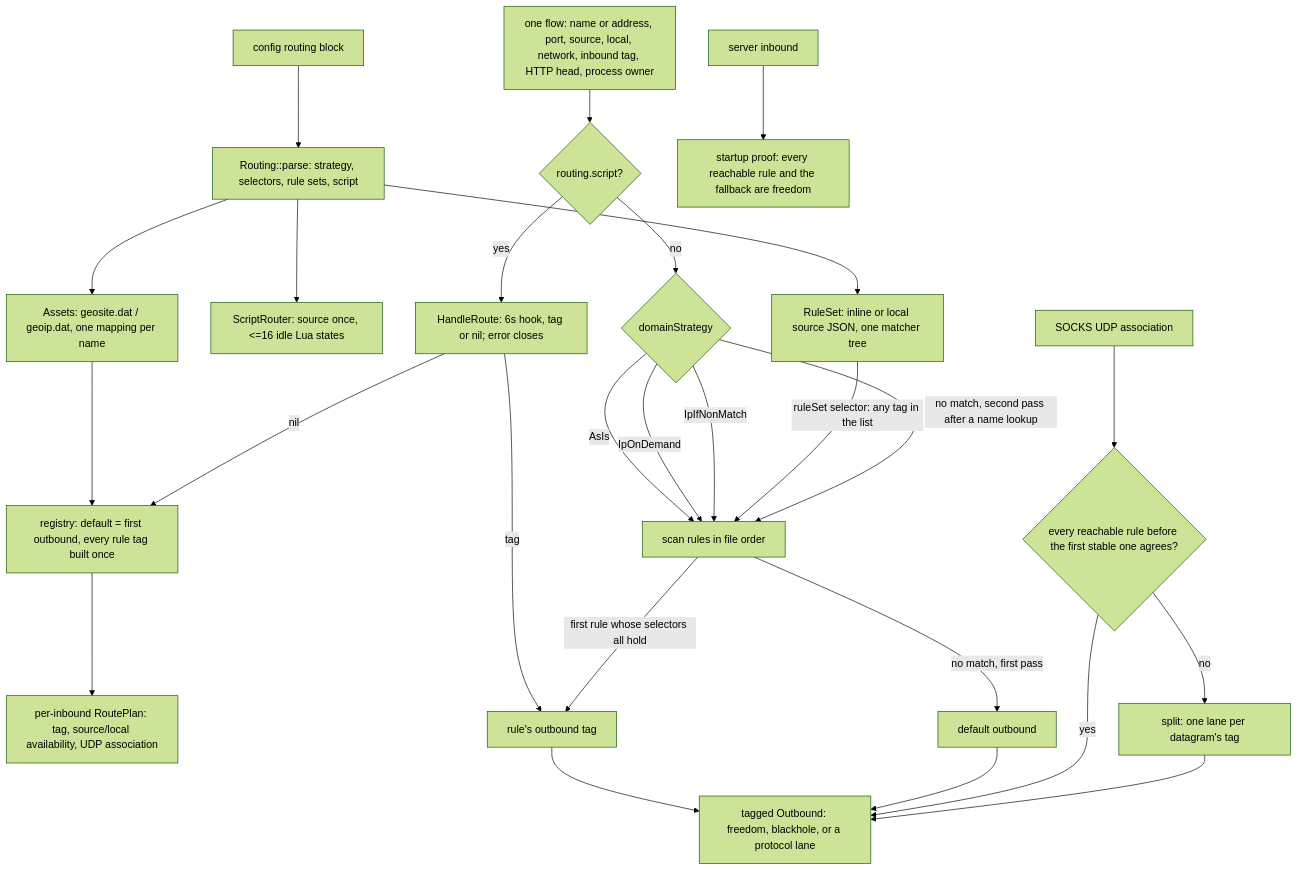
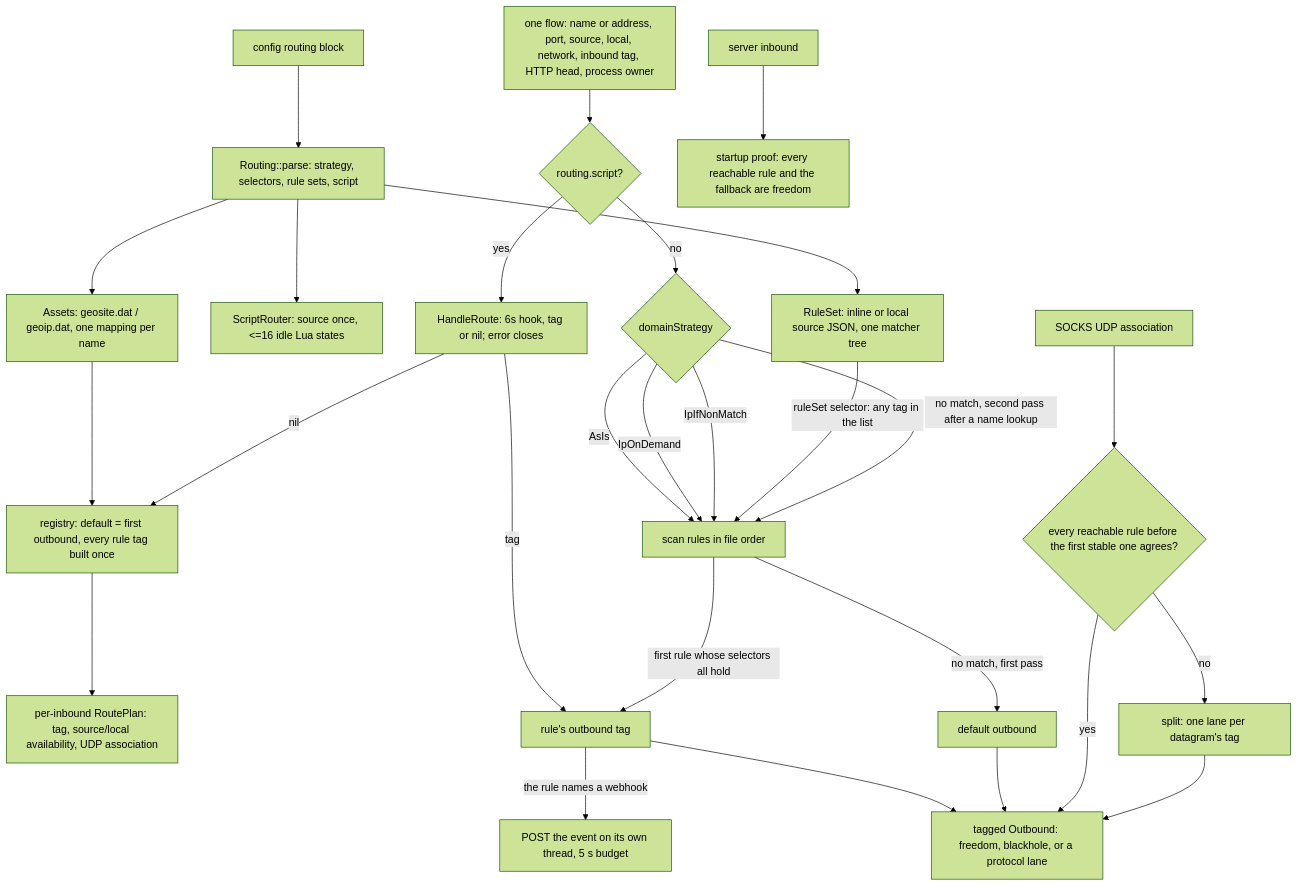
The diagram in docs/function/engine-router.md (Ferrocite/ferrox), drawn with Mermaid (forest theme) before and after one commit. The commit also changed other lines of this file and 9 other files, not shown here.

First line of the commit message:
routing: fire a matched rule's webhook with the flow's event

````diff
--- a/docs/function/engine-router.md
+++ b/docs/function/engine-router.md
@@ -15,28 +17,29 @@
 ```mermaid
 graph TD
     C["config routing block"] --> P["Routing::parse: strategy, selectors, rule sets, script"]
     P --> A["Assets: geosite.dat / geoip.dat, one mapping per name"]
     P --> X["ScriptRouter: source once, <=16 idle Lua states"]
     P --> E["RuleSet: inline or local source JSON, one matcher tree"]
     A --> R["registry: default = first outbound, every rule tag built once"]
     R --> I["per-inbound RoutePlan: tag, source/local availability, UDP association"]
     F["one flow: name or address, port, source, local, network, inbound tag, HTTP head, process owner"] --> H{"routing.script?"}
     H -- yes --> L["HandleRoute: 6s hook, tag or nil; error closes"]
     H -- no --> S{"domainStrategy"}
     L -- tag --> T
     L -- nil --> R
     S -- AsIs --> M["scan rules in file order"]
     S -- IpOnDemand --> M
     S -- IpIfNonMatch --> M
     M -- "first rule whose selectors all hold" --> T["rule's outbound tag"]
+    T -- "the rule names a webhook" --> WH["POST the event on its own thread, 5 s budget"]
     E -- "ruleSet selector: any tag in the list" --> M
     M -- "no match, first pass" --> D["default outbound"]
     S -- "no match, second pass after a name lookup" --> M
     T --> O["tagged Outbound: freedom, blackhole, or a protocol lane"]
     D --> O
     U["SOCKS UDP association"] --> Q{"every reachable rule before the first stable one agrees?"}
     Q -- yes --> O
     Q -- no --> W["split: one lane per datagram's tag"]
     W --> O
     V["server inbound"] --> G["startup proof: every reachable rule and the fallback are freedom"]
 ```
````
